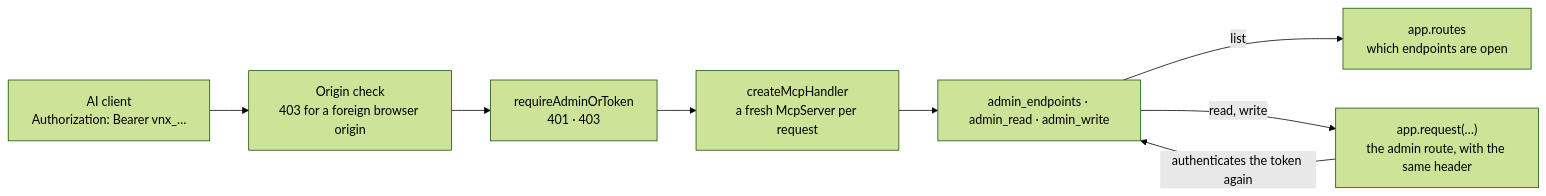
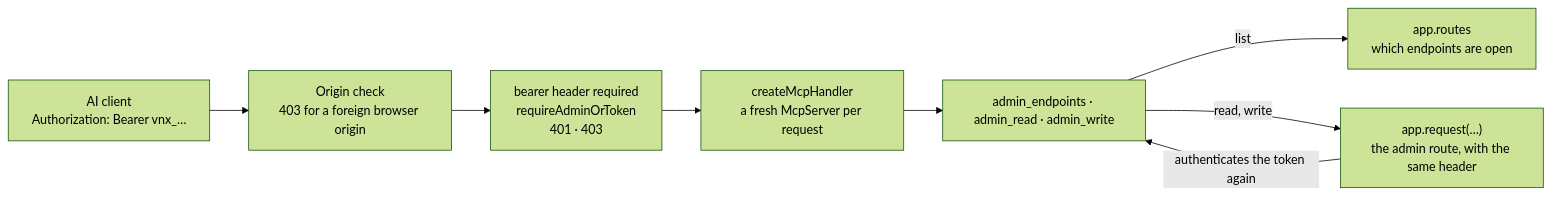
One commit to bitstorm-tech/voenix-shop-kotlin changed the diagram in docs/dev/backend/packages/mcp-package.md. Above: the diagram before and after it, drawn with Mermaid (forest theme). The commit also changed other lines of this file and 2 other files, not shown here.

First line of the commit message:
Refuse /api/mcp without a bearer token

````diff
--- a/docs/dev/backend/packages/mcp-package.md
+++ b/docs/dev/backend/packages/mcp-package.md
@@ -38,15 +38,15 @@
 ```mermaid
 flowchart LR
     Client["AI client<br/>Authorization: Bearer vnx_…"]
     Origin["Origin check<br/>403 for a foreign browser origin"]
-    Guard["requireAdminOrToken<br/>401 · 403"]
+    Guard["bearer header required<br/>requireAdminOrToken<br/>401 · 403"]
     Sdk["createMcpHandler<br/>a fresh McpServer per request"]
     Tools["admin_endpoints · admin_read · admin_write"]
     Routes["app.routes<br/>which endpoints are open"]
     Admin["app.request(…)<br/>the admin route, with the same header"]
 
     Client --> Origin --> Guard --> Sdk --> Tools
     Tools -->|"list"| Routes
     Tools -->|"read, write"| Admin
     Admin -->|"authenticates the token again"| Tools
 ```
````
